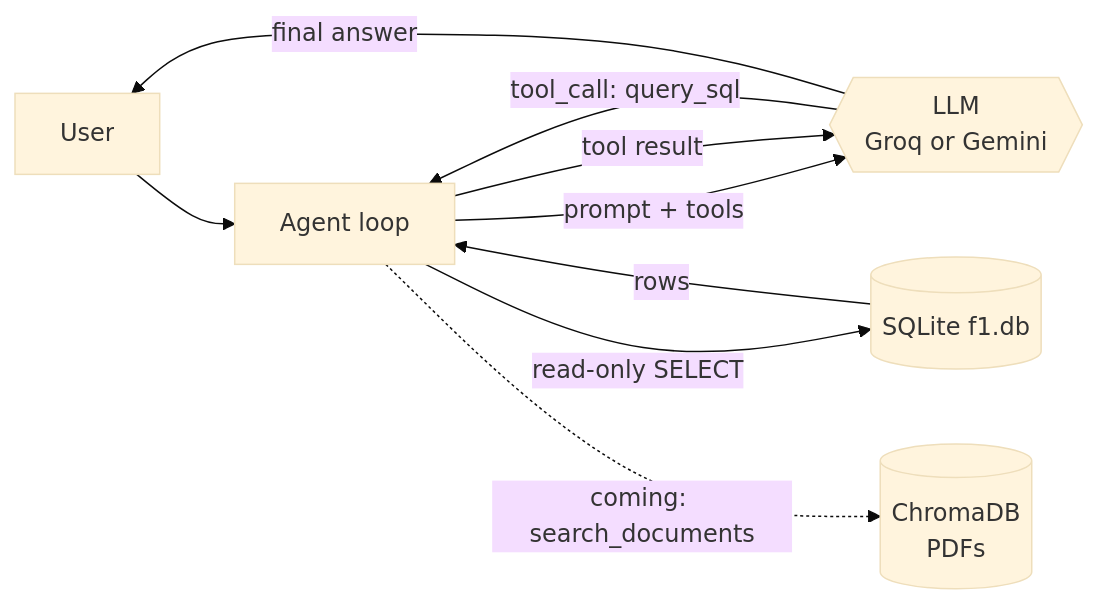
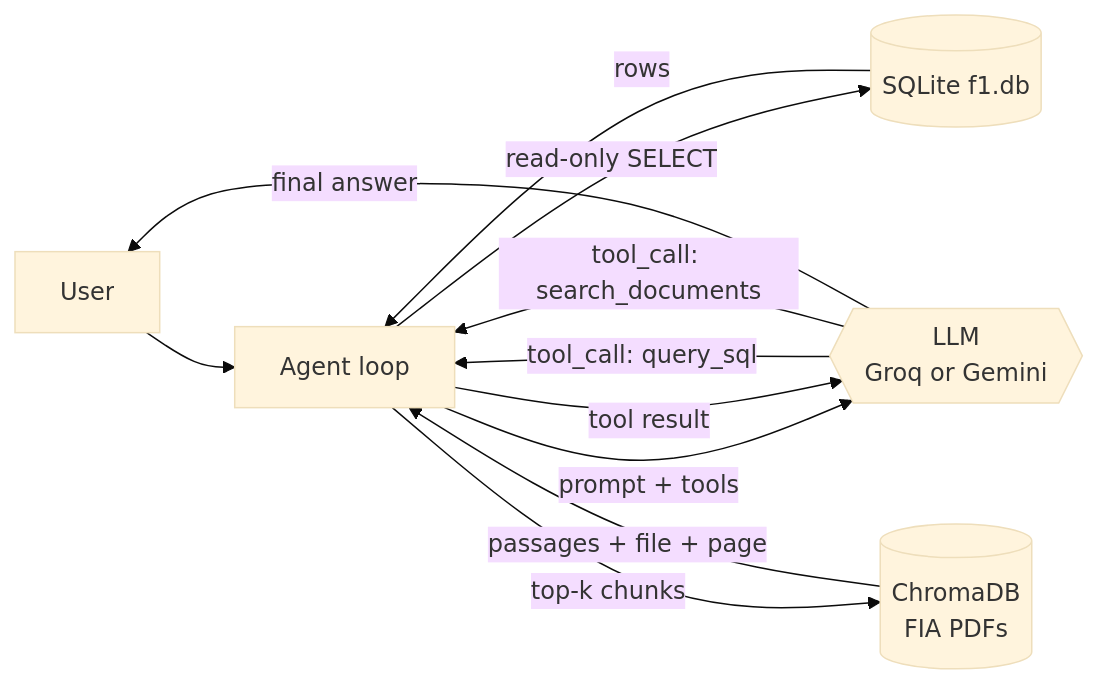
One commit to KGaston0/F1-SQL-Agent changed the diagram in docs/architecture.md. Above: the diagram before and after it, drawn with Mermaid (base theme). The commit also changed other lines of this file and 29 other files, not shown here.

````diff
--- a/docs/architecture.md
+++ b/docs/architecture.md
@@ -4,11 +4,13 @@
 ```mermaid
 flowchart LR
     U[User] --> A[Agent loop]
     A -->|prompt + tools| M{{LLM<br/>Groq or Gemini}}
     M -->|tool_call: query_sql| A
+    M -->|tool_call: search_documents| A
     A -->|read-only SELECT| B[(SQLite f1.db)]
+    A -->|top-k chunks| P[(ChromaDB<br/>FIA PDFs)]
     B -->|rows| A
+    P -->|passages + file + page| A
     A -->|tool result| M
     M -->|final answer| U
-    A -.->|coming: search_documents| P[(ChromaDB<br/>PDFs)]
 ```
````
